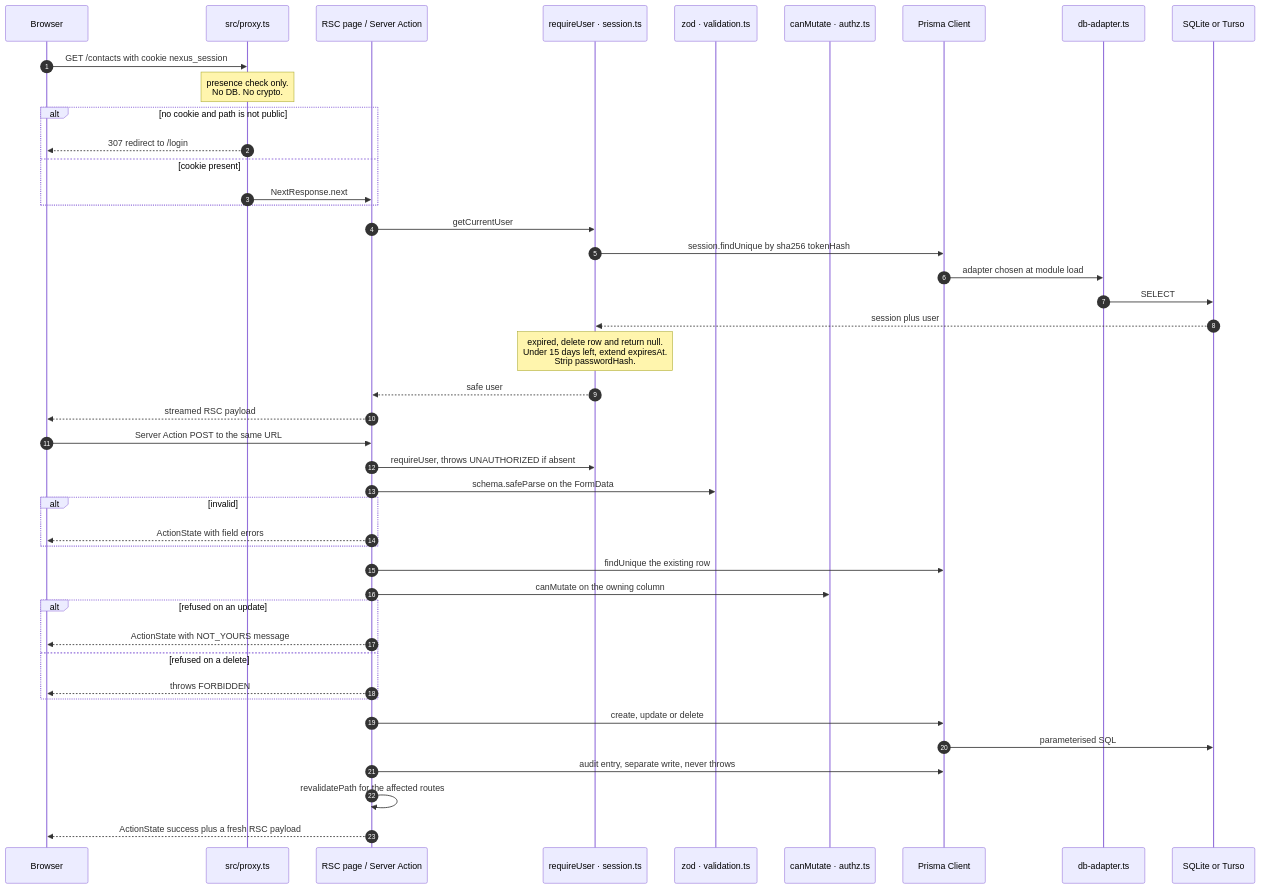
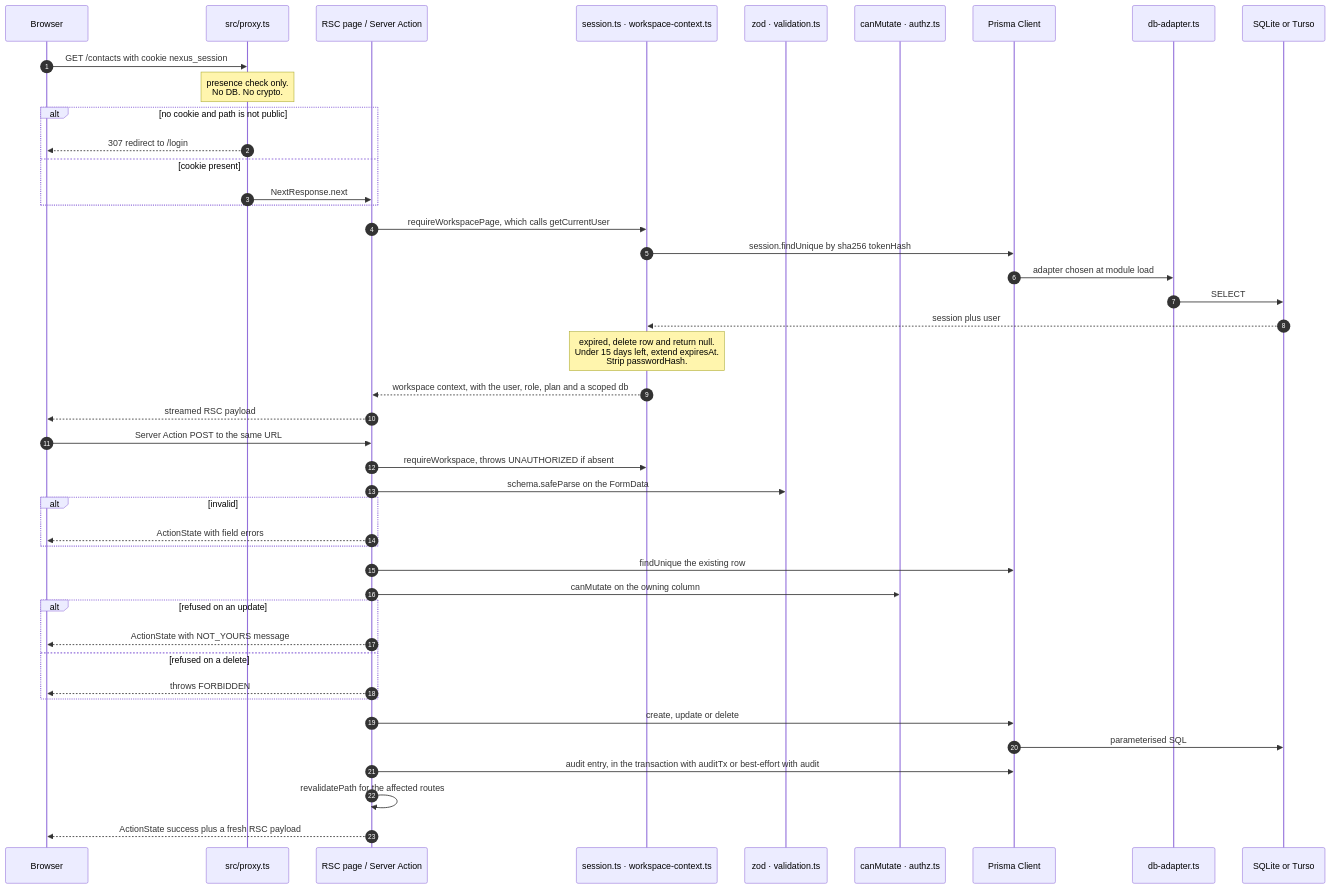
Before and after one commit to jasrulete/Nexus-CRM: the second of 2 diagrams in docs/TECHNICAL-DESIGN.md, drawn with Mermaid. The commit also changed other lines of this file and 4 other files, not shown here.

Commit message:
docs(tenancy): current audit API, requireWorkspace and the canMutate amendment

````diff
--- a/docs/TECHNICAL-DESIGN.md
+++ b/docs/TECHNICAL-DESIGN.md
@@ -146,48 +146,48 @@
 ```mermaid
 sequenceDiagram
     autonumber
     participant B as Browser
     participant P as src/proxy.ts
     participant R as RSC page / Server Action
-    participant S as requireUser · session.ts
+    participant S as session.ts · workspace-context.ts
     participant Z as zod · validation.ts
     participant A as canMutate · authz.ts
     participant PR as Prisma Client
     participant D as db-adapter.ts
     participant DB as SQLite or Turso
 
     B->>P: GET /contacts with cookie nexus_session
     Note over P: presence check only.<br/>No DB. No crypto.
     alt no cookie and path is not public
         P-->>B: 307 redirect to /login
     else cookie present
         P->>R: NextResponse.next
     end
-    R->>S: getCurrentUser
+    R->>S: requireWorkspacePage, which calls getCurrentUser
     S->>PR: session.findUnique by sha256 tokenHash
     PR->>D: adapter chosen at module load
     D->>DB: SELECT
     DB-->>S: session plus user
     Note over S: expired, delete row and return null.<br/>Under 15 days left, extend expiresAt.<br/>Strip passwordHash.
-    S-->>R: safe user
+    S-->>R: workspace context, with the user, role, plan and a scoped db
     R-->>B: streamed RSC payload
 
     B->>R: Server Action POST to the same URL
-    R->>S: requireUser, throws UNAUTHORIZED if absent
+    R->>S: requireWorkspace, throws UNAUTHORIZED if absent
     R->>Z: schema.safeParse on the FormData
     alt invalid
         R-->>B: ActionState with field errors
     end
     R->>PR: findUnique the existing row
     R->>A: canMutate on the owning column
     alt refused on an update
         R-->>B: ActionState with NOT_YOURS message
     else refused on a delete
         R-->>B: throws FORBIDDEN
     end
     R->>PR: create, update or delete
     PR->>DB: parameterised SQL
-    R->>PR: audit entry, separate write, never throws
+    R->>PR: audit entry, in the transaction with auditTx or best-effort with audit
     R->>R: revalidatePath for the affected routes
     R-->>B: ActionState success plus a fresh RSC payload
 ```
````
